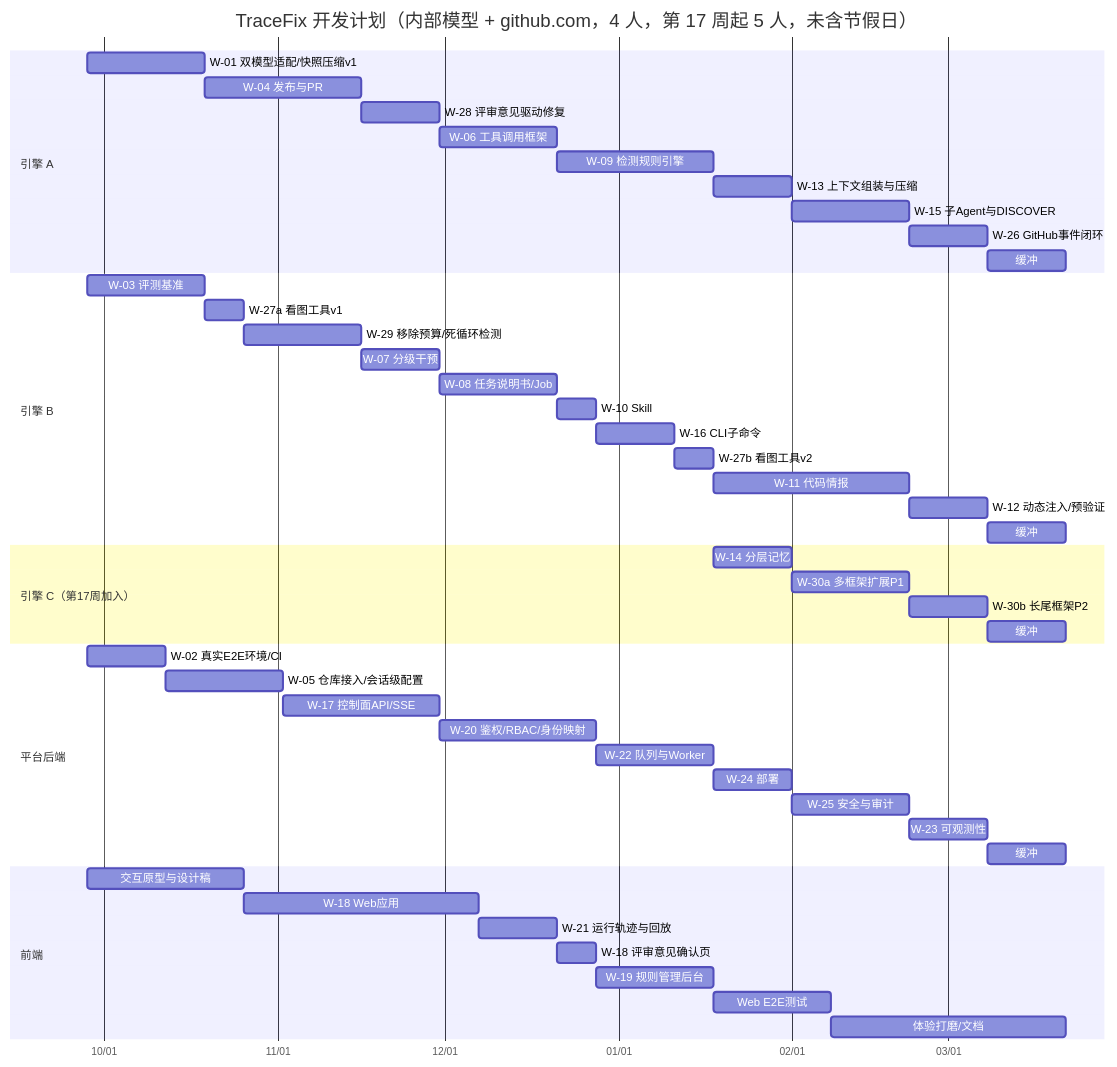
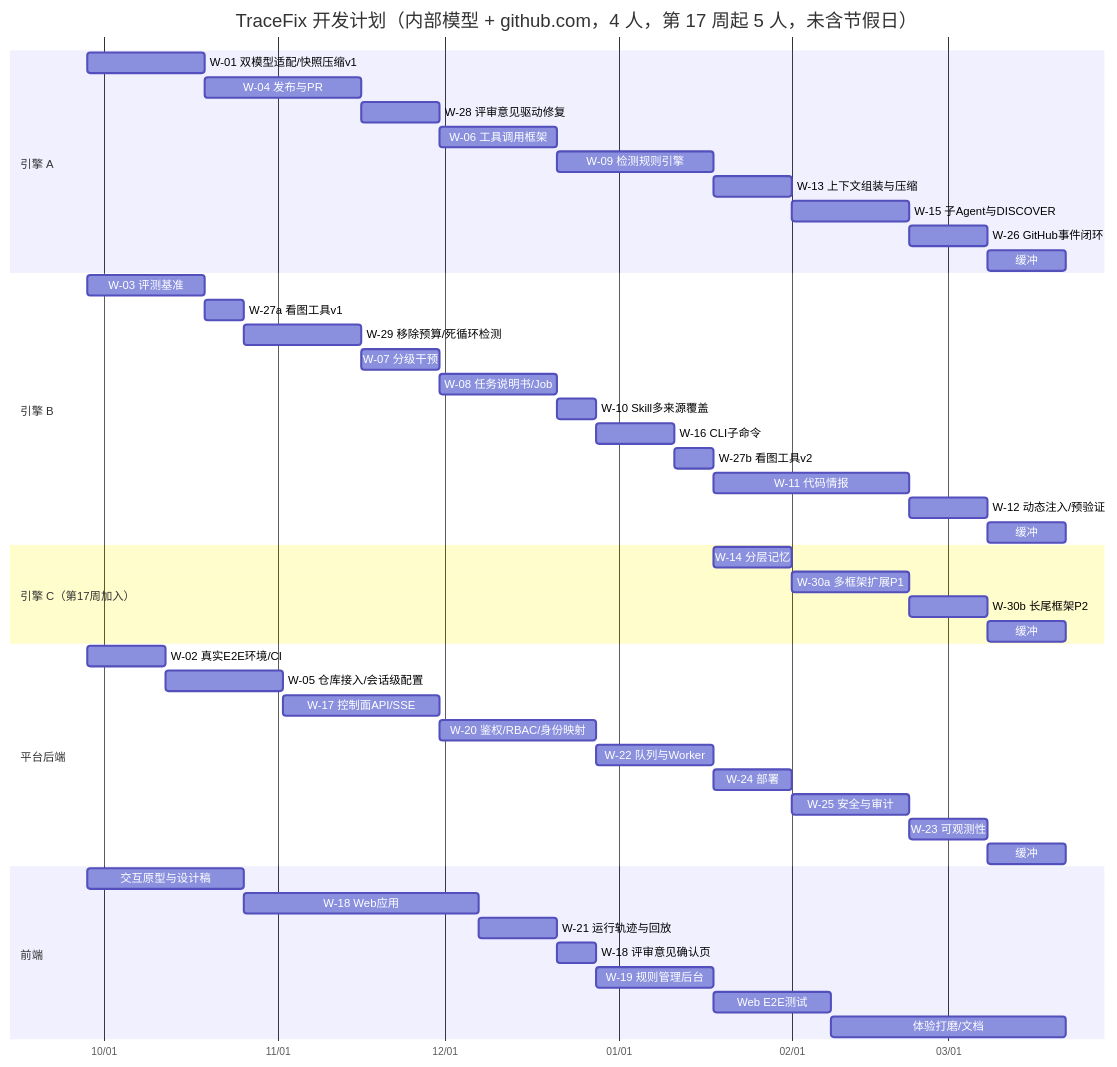
Before and after one commit to BUPTtsy/TraceFix-Agent: the diagram in docs/产品说明手册/10-开发计划/开发计划与里程碑-内部模型版.md, drawn with Mermaid. The commit also changed other lines of this file and 4 other files, not shown here.

````diff
--- a/docs/产品说明手册/10-开发计划/开发计划与里程碑-内部模型版.md
+++ b/docs/产品说明手册/10-开发计划/开发计划与里程碑-内部模型版.md
@@ -292,51 +292,51 @@
 ```mermaid
 gantt
   title TraceFix 开发计划（内部模型 + github.com，4 人，第 17 周起 5 人，未含节假日）
   dateFormat YYYY-MM-DD
   axisFormat %m/%d
   section 引擎 A
   W-01 双模型适配/快照压缩v1 :a1, 2026-09-28, 21d
   W-04 发布与PR             :a2, after a1, 28d
   W-28 评审意见驱动修复      :a10, after a2, 14d
   W-06 工具调用框架          :a3, after a10, 21d
   W-09 检测规则引擎          :a4, after a3, 28d
   W-13 上下文组装与压缩      :a5, after a4, 14d
   W-15 子Agent与DISCOVER    :a6, after a5, 21d
   W-26 GitHub事件闭环        :a7, after a6, 14d
   缓冲                      :a9, after a7, 14d
   section 引擎 B
   W-03 评测基准             :b1, 2026-09-28, 21d
   W-27a 看图工具v1           :b2, after b1, 7d
   W-29 移除预算/死循环检测    :b12, after b2, 21d
   W-07 分级干预             :b3, after b12, 14d
   W-08 任务说明书/Job       :b4, after b3, 21d
-  W-10 Skill               :b5, after b4, 7d
+  W-10 Skill多来源覆盖       :b5, after b4, 7d
   W-16 CLI子命令            :b6, after b5, 14d
   W-27b 看图工具v2           :b7, after b6, 7d
   W-11 代码情报             :b8, after b7, 35d
   W-12 动态注入/预验证       :b9, after b8, 14d
   缓冲                      :b11, after b9, 14d
   section 引擎 C（第17周加入）
   W-14 分层记忆             :c1, 2027-01-18, 14d
   W-30a 多框架扩展P1         :c2, after c1, 21d
   W-30b 长尾框架P2           :c3, after c2, 14d
   缓冲                      :c4, after c3, 14d
   section 平台后端
   W-02 真实E2E环境/CI       :p1, 2026-09-28, 14d
   W-05 仓库接入/会话级配置   :p2, after p1, 21d
   W-17 控制面API/SSE        :p3, after p2, 28d
   W-20 鉴权/RBAC/身份映射    :p4, after p3, 28d
   W-22 队列与Worker         :p5, after p4, 21d
   W-24 部署                :p6, after p5, 14d
   W-25 安全与审计           :p7, after p6, 21d
   W-23 可观测性              :p9, after p7, 14d
   缓冲                      :p8, after p9, 14d
   section 前端
   交互原型与设计稿           :f0, 2026-09-28, 28d
   W-18 Web应用             :f1, after f0, 42d
   W-21 运行轨迹与回放        :f2, after f1, 14d
   W-18 评审意见确认页        :f6, after f2, 7d
   W-19 规则管理后台          :f3, after f6, 21d
   Web E2E测试               :f4, after f3, 21d
   体验打磨/文档              :f5, after f4, 42d
 ```
````
